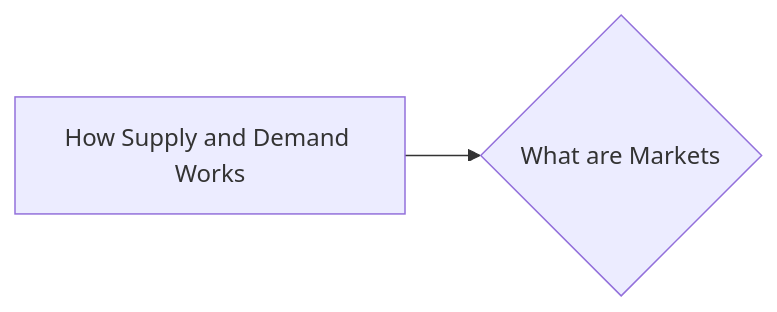
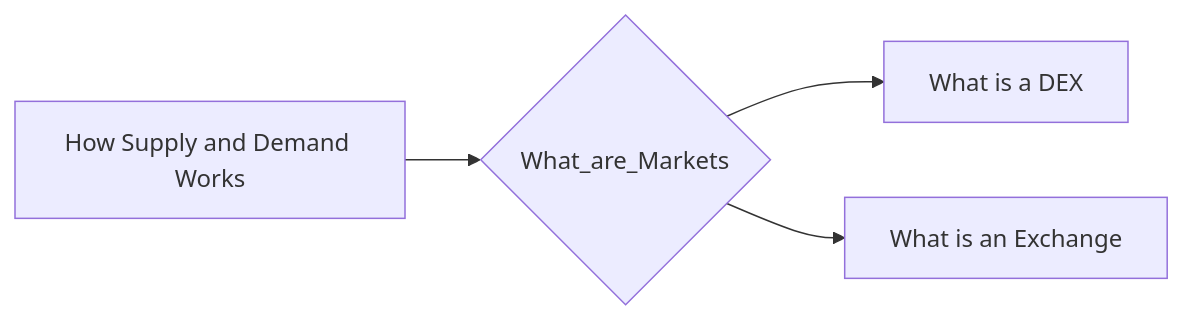
The diagram in notes/What_are_Markets.md (lpurdy01/crypto-knowledge-map), drawn with Mermaid before and after one commit. The commit also changed 161 other files, not shown here.

````diff
--- a/notes/What_are_Markets.md
+++ b/notes/What_are_Markets.md
@@ -8,4 +8,6 @@
 ```mermaid
 graph LR
-1["How Supply and Demand Works"]-->0{"What are Markets"}
+1["How Supply and Demand Works"]-->0{"What_are_Markets"}
+0{"What_are_Markets"}-->2["What is a DEX"]
+0{"What_are_Markets"}-->3["What is an Exchange"]
 ```
````
